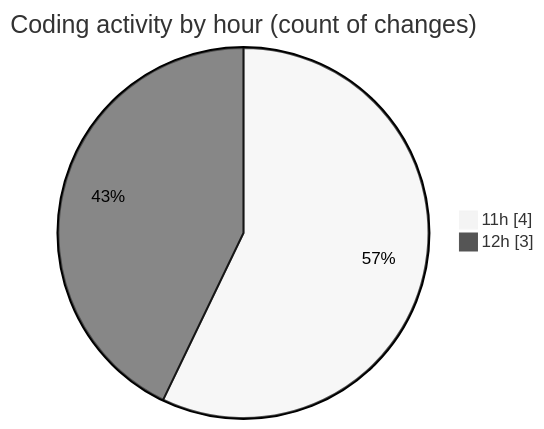
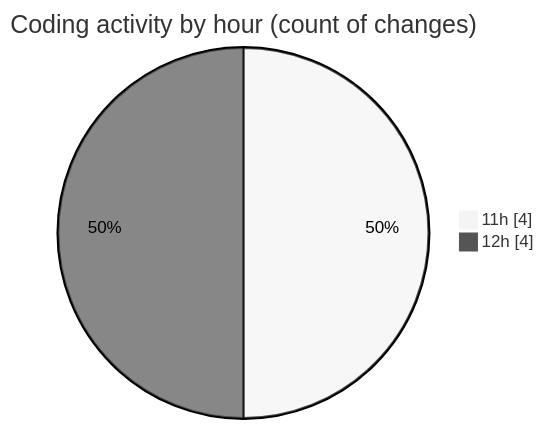
One commit to seballot/code-tracking changed the second of 2 diagrams in 2025-06-18/app__container_registration-app__calm-app__/README.md. Above: the diagram before and after it, drawn with Mermaid (neutral theme). The commit also changed other lines of this file and 1 other file, not shown here.

````diff
--- a/2025-06-18/app__container_registration-app__calm-app__/README.md
+++ b/2025-06-18/app__container_registration-app__calm-app__/README.md
@@ -28,6 +28,6 @@
 ```mermaid
 pie showData
 title Coding activity by hour (count of changes)
 "11h" : 4
-"12h" : 3
+"12h" : 4
 ```
````
